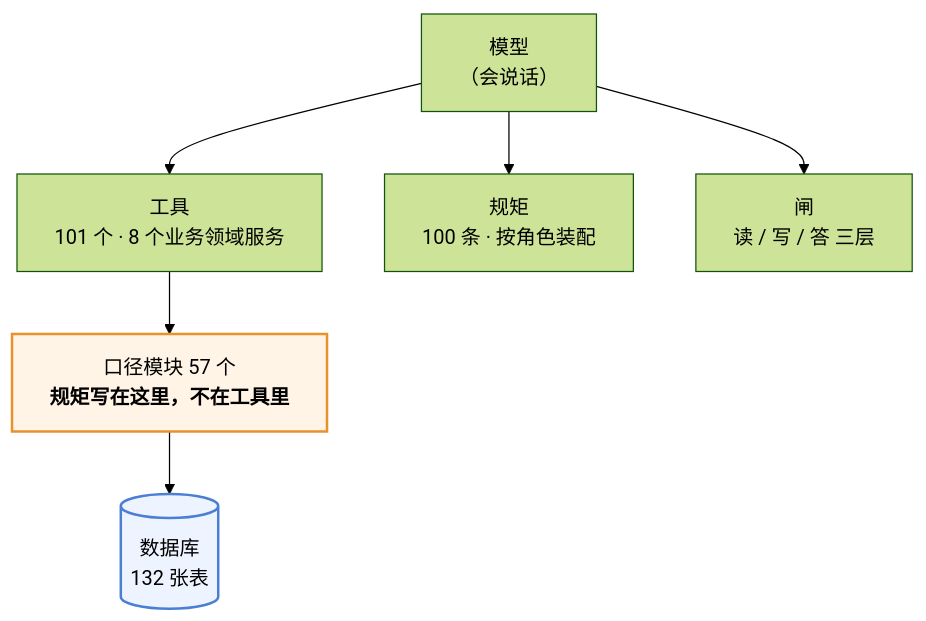
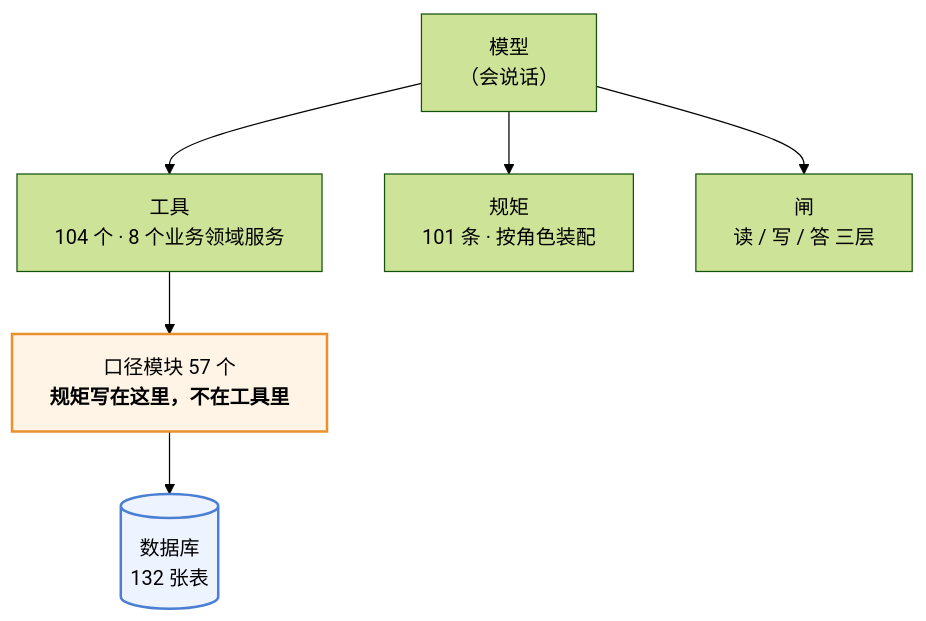
One commit to 843773296-rgb/lanxiu-yunshang-agent changed the first of 3 diagrams in 澜绣云裳agent-产品说明.md. Above: the diagram before and after it, drawn with Mermaid (forest theme). The commit also changed other lines of this file and 11 other files, not shown here.

````diff
--- a/澜绣云裳agent-产品说明.md
+++ b/澜绣云裳agent-产品说明.md
@@ -62,12 +62,12 @@
 ```mermaid
 flowchart TD
     M["模型<br/>（会说话）"]
-    M --> T["工具<br/>101 个 · 8 个业务领域服务"]
-    M --> R["规矩<br/>100 条 · 按角色装配"]
+    M --> T["工具<br/>104 个 · 8 个业务领域服务"]
+    M --> R["规矩<br/>101 条 · 按角色装配"]
     M --> G["闸<br/>读 / 写 / 答 三层"]
     T --> K["口径模块 57 个<br/><b>规矩写在这里，不在工具里</b>"]
     K --> DB[("数据库<br/>132 张表")]
 
     style K fill:#fff4e6,stroke:#e8912d,stroke-width:2px
     style DB fill:#eef4ff,stroke:#4a7fd4,stroke-width:2px
 ```
````
